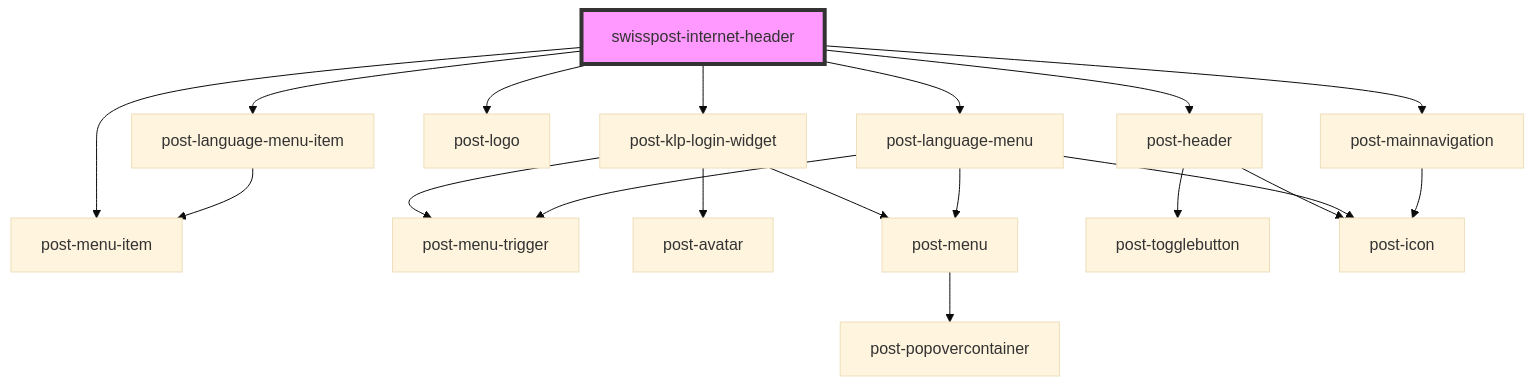
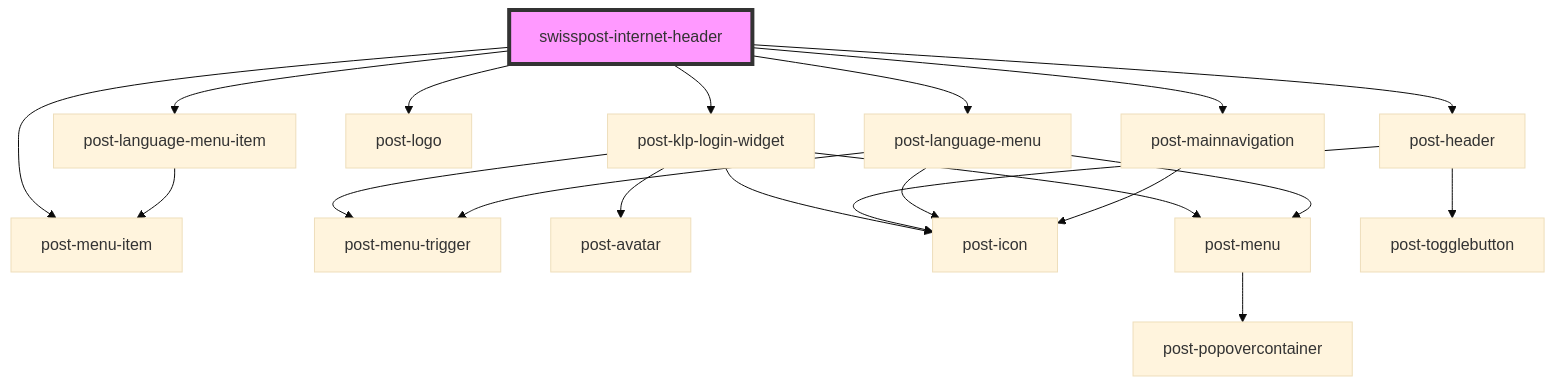
Before and after one commit to swisspost/design-system: the diagram in packages/internet-header/src/components/post-internet-header/readme.md, drawn with Mermaid (base theme). The commit also changed 7 other files, not shown here.

Commit message:
feat(components): add support flag icon in klp-login-widget

````diff
--- a/packages/internet-header/src/components/post-internet-header/readme.md
+++ b/packages/internet-header/src/components/post-internet-header/readme.md
@@ -46,22 +46,23 @@
 ```mermaid
 graph TD;
   swisspost-internet-header --> post-menu-item
   swisspost-internet-header --> post-klp-login-widget
   swisspost-internet-header --> post-header
   swisspost-internet-header --> post-logo
   swisspost-internet-header --> post-language-menu
   swisspost-internet-header --> post-language-menu-item
   swisspost-internet-header --> post-mainnavigation
   post-klp-login-widget --> post-menu-trigger
   post-klp-login-widget --> post-avatar
+  post-klp-login-widget --> post-icon
   post-klp-login-widget --> post-menu
   post-menu --> post-popovercontainer
   post-header --> post-togglebutton
   post-header --> post-icon
   post-language-menu --> post-menu-trigger
   post-language-menu --> post-icon
   post-language-menu --> post-menu
   post-language-menu-item --> post-menu-item
   post-mainnavigation --> post-icon
   style swisspost-internet-header fill:#f9f,stroke:#333,stroke-width:4px
 ```
````
